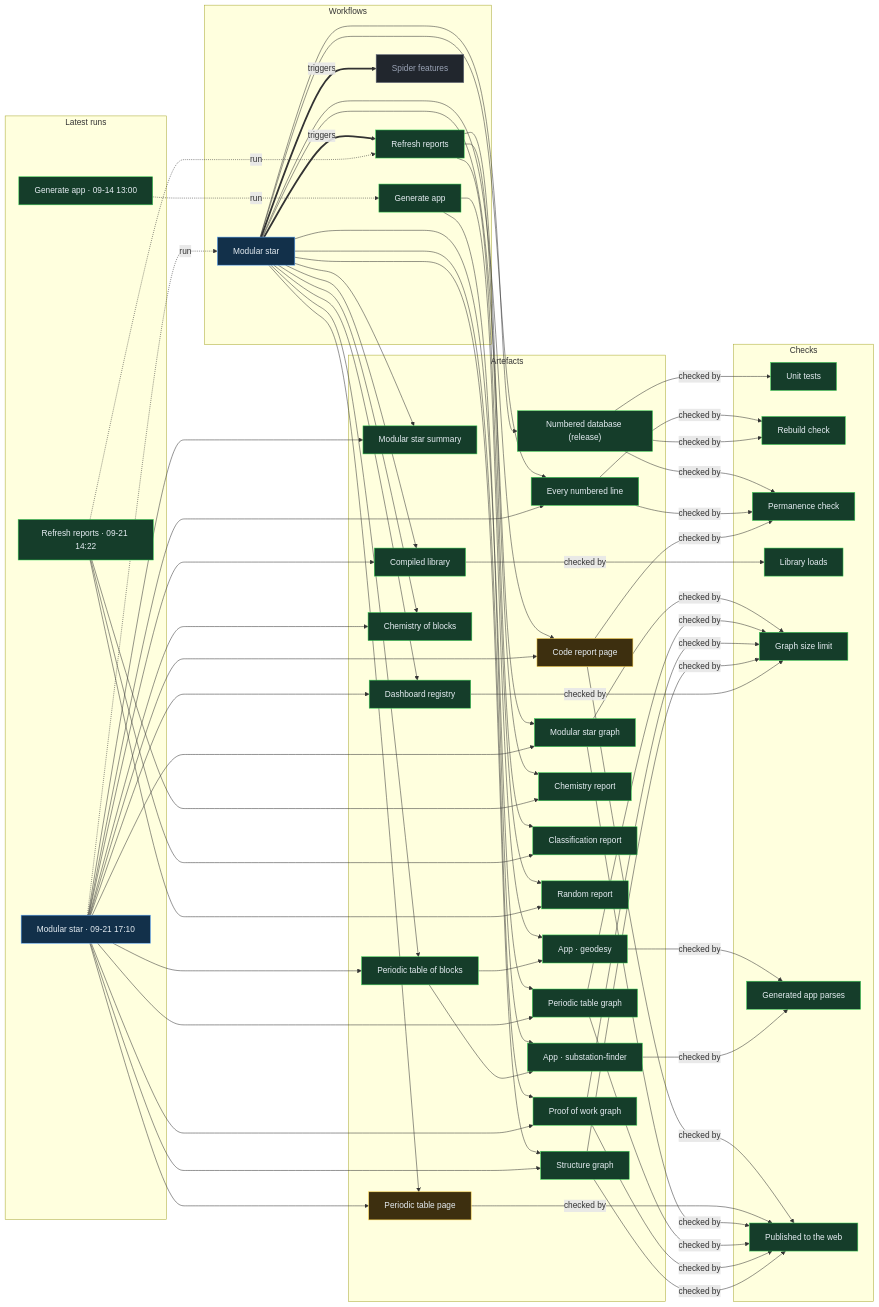
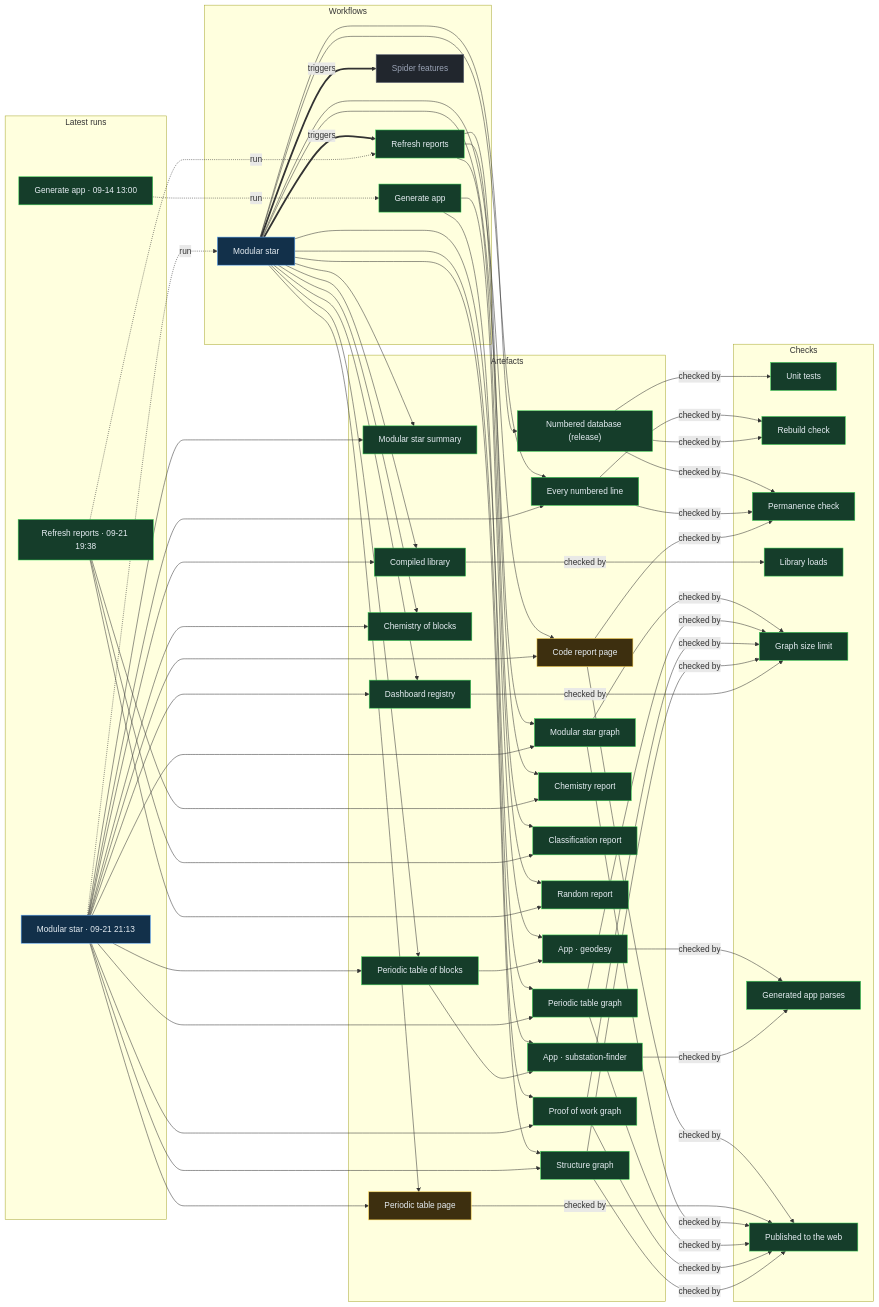
The diagram in proof/PROOF.md (Ventusltd/stars), drawn with Mermaid before and after one commit. The commit also changed other lines of this file and 23 other files, not shown here.

Commit message:
Modular star 2026-09-21T21:15Z

```diff
--- a/proof/PROOF.md
+++ b/proof/PROOF.md
@@ -24,8 +24,8 @@
   n_wf_spider_features["Spider features"]:::off
   end
   subgraph g_runs["Latest runs"]
-  n_run_35630307411["Modular star · 09-21 17:10"]:::live
-  n_run_35611699248["Refresh reports · 09-21 14:22"]:::ok
+  n_run_35655887531["Modular star · 09-21 21:13"]:::live
+  n_run_35646112894["Refresh reports · 09-21 19:38"]:::ok
   n_run_34846587798["Generate app · 09-14 13:00"]:::ok
   end
   subgraph g_artefacts["Artefacts"]
@@ -59,39 +59,39 @@
   end
   n_wf_modular_star == triggers ==> n_wf_refresh
   n_wf_modular_star == triggers ==> n_wf_spider_features
-  n_run_35630307411 -. run .-> n_wf_modular_star
-  n_run_35611699248 -. run .-> n_wf_refresh
+  n_run_35655887531 -. run .-> n_wf_modular_star
+  n_run_35646112894 -. run .-> n_wf_refresh
   n_run_34846587798 -. run .-> n_wf_generate
   n_wf_modular_star --> n_art_summary
-  n_run_35630307411 --> n_art_summary
+  n_run_35655887531 --> n_art_summary
   n_wf_modular_star --> n_art_lines
-  n_run_35630307411 --> n_art_lines
+  n_run_35655887531 --> n_art_lines
   n_wf_modular_star --> n_art_code
-  n_run_35630307411 --> n_art_code
+  n_run_35655887531 --> n_art_code
   n_wf_modular_star --> n_art_modular_graph
-  n_run_35630307411 --> n_art_modular_graph
+  n_run_35655887531 --> n_art_modular_graph
   n_wf_modular_star --> n_art_blocks
-  n_run_35630307411 --> n_art_blocks
+  n_run_35655887531 --> n_art_blocks
   n_wf_modular_star --> n_art_table
-  n_run_35630307411 --> n_art_table
+  n_run_35655887531 --> n_art_table
   n_wf_modular_star --> n_art_blocks_graph
-  n_run_35630307411 --> n_art_blocks_graph
+  n_run_35655887531 --> n_art_blocks_graph
   n_wf_modular_star --> n_art_reactions
-  n_run_35630307411 --> n_art_reactions
+  n_run_35655887531 --> n_art_reactions
   n_wf_modular_star --> n_art_library
-  n_run_35630307411 --> n_art_library
+  n_run_35655887531 --> n_art_library
   n_wf_modular_star --> n_art_features
-  n_run_35630307411 --> n_art_features
+  n_run_35655887531 --> n_art_features
   n_wf_modular_star --> n_art_proof
-  n_run_35630307411 --> n_art_proof
+  n_run_35655887531 --> n_art_proof
   n_wf_modular_star --> n_art_structure
-  n_run_35630307411 --> n_art_structure
+  n_run_35655887531 --> n_art_structure
   n_wf_refresh --> n_art_chemistry
-  n_run_35611699248 --> n_art_chemistry
+  n_run_35646112894 --> n_art_chemistry
   n_wf_refresh --> n_art_vedic
-  n_run_35611699248 --> n_art_vedic
+  n_run_35646112894 --> n_art_vedic
   n_wf_refresh --> n_art_random
-  n_run_35611699248 --> n_art_random
+  n_run_35646112894 --> n_art_random
   n_wf_modular_star --> n_art_release
   n_wf_generate --> n_app_geodesy
   n_art_blocks --> n_app_geodesy
```
